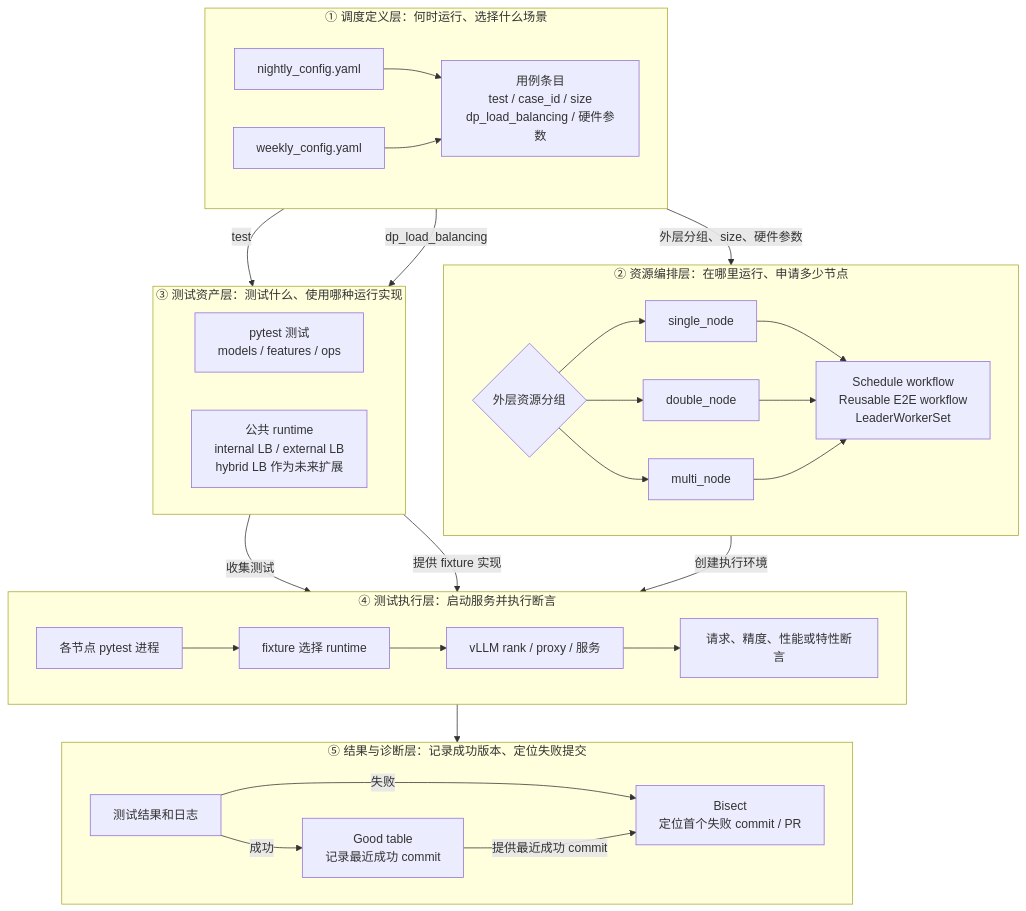
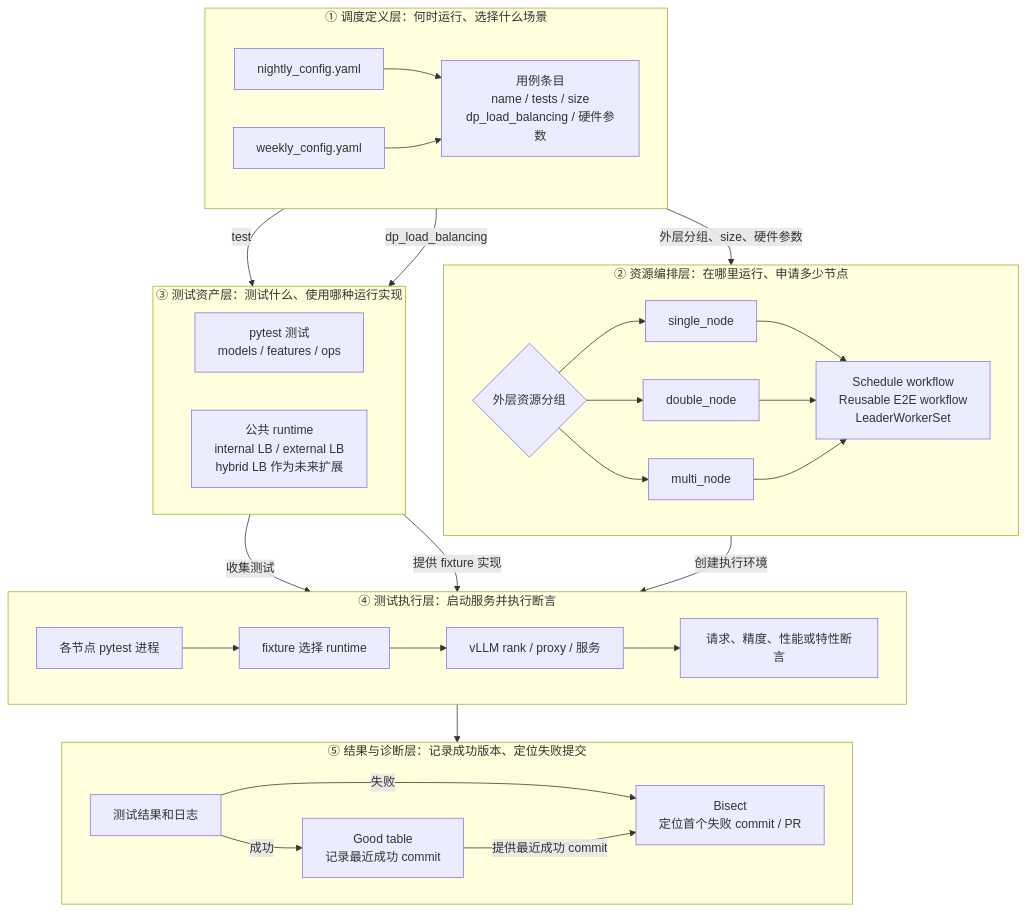
Before and after one commit to chen-commits/vllm-ascend: the diagram in docs/source/developer_guide/contribution/e2e_test_structure_proposal.md, drawn with Mermaid. The commit also changed other lines of this file and 2 other files, not shown here.

Commit message:
[Test] e2e_test_structure

````diff
--- a/docs/source/developer_guide/contribution/e2e_test_structure_proposal.md
+++ b/docs/source/developer_guide/contribution/e2e_test_structure_proposal.md
@@ -47,59 +47,59 @@
 ```mermaid
 flowchart TB
     subgraph L1["① 调度定义层：何时运行、选择什么场景"]
         direction LR
         N["nightly_config.yaml"]
         W["weekly_config.yaml"]
-        C["用例条目<br/>test / case_id / size<br/>dp_load_balancing / 硬件参数"]
+        C["用例条目<br/>name / tests / size<br/>dp_load_balancing / 硬件参数"]
         N --> C
         W --> C
     end
 
     subgraph L2["② 资源编排层：在哪里运行、申请多少节点"]
         direction LR
         G{"外层资源分组"}
         S["single_node"]
         D["double_node"]
         M["multi_node"]
         O["Schedule workflow<br/>Reusable E2E workflow<br/>LeaderWorkerSet"]
         G --> S
         G --> D
         G --> M
         S --> O
         D --> O
         M --> O
     end
 
     subgraph L3["③ 测试资产层：测试什么、使用哪种运行实现"]
         direction LR
         T["pytest 测试<br/>models / features / ops"]
         R["公共 runtime<br/>internal LB / external LB<br/>hybrid LB 作为未来扩展"]
     end
 
     subgraph L4["④ 测试执行层：启动服务并执行断言"]
         direction LR
         E["各节点 pytest 进程"]
         F["fixture 选择 runtime"]
         V["vLLM rank / proxy / 服务"]
         A["请求、精度、性能或特性断言"]
         E --> F --> V --> A
     end
 
     subgraph L5["⑤ 结果与诊断层：记录成功版本、定位失败提交"]
         direction LR
         X["测试结果和日志"]
         GT["Good table<br/>记录最近成功 commit"]
         B["Bisect<br/>定位首个失败 commit / PR"]
         X -->|成功| GT
         X -->|失败| B
         GT -->|提供最近成功 commit| B
     end
 
     C -->|外层分组、size、硬件参数| G
     C -->|test| T
     C -->|dp_load_balancing| R
     O -->|创建执行环境| E
     T -->|收集测试| E
     R -->|提供 fixture 实现| F
     A --> X
 ```
````
